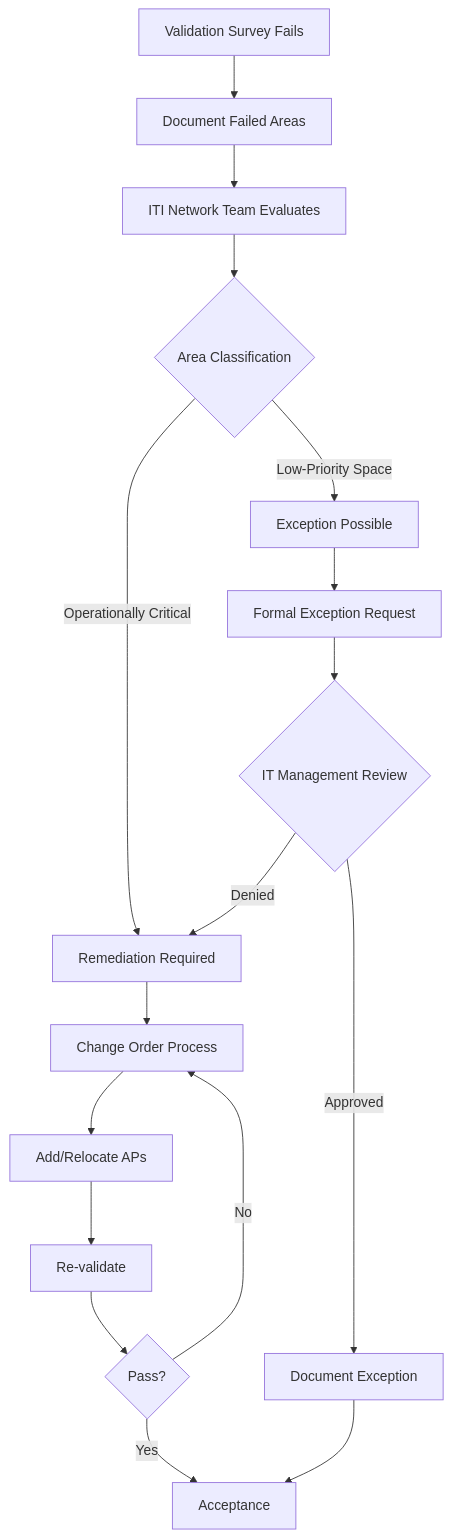
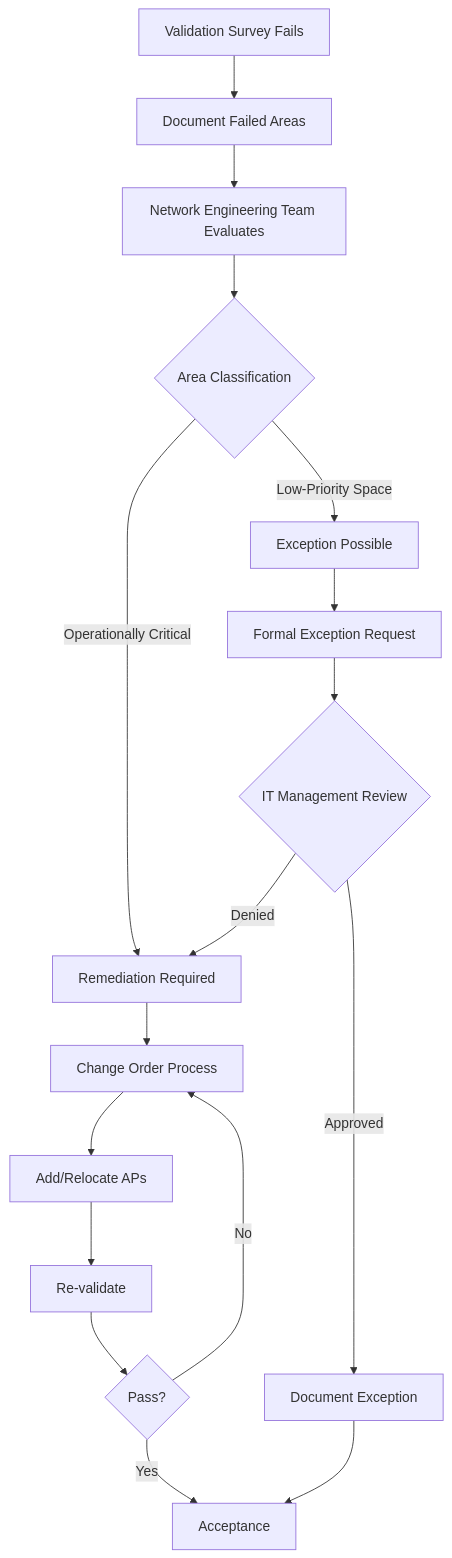
The seventh of 8 diagrams in docs/wifi/design-standards.md (NewOrleansITI/networkstandards), drawn with Mermaid before and after one commit. The commit also changed other lines of this file and 9 other files, not shown here.

````diff
--- a/docs/wifi/design-standards.md
+++ b/docs/wifi/design-standards.md
@@ -379,21 +379,21 @@
 ```mermaid
 flowchart TD
     A[Validation Survey Fails] --> B[Document Failed Areas]
-    B --> C[ITI Network Team Evaluates]
+    B --> C[Network Engineering Team Evaluates]
     C --> D{Area Classification}
     D -->|Operationally Critical| E[Remediation Required]
     D -->|Low-Priority Space| F[Exception Possible]
 
     E --> G[Change Order Process]
     G --> H[Add/Relocate APs]
     H --> I[Re-validate]
     I --> J{Pass?}
     J -->|Yes| K[Acceptance]
     J -->|No| G
 
     F --> L[Formal Exception Request]
     L --> M{IT Management Review}
     M -->|Approved| N[Document Exception]
     N --> K
     M -->|Denied| E
 ```
````
